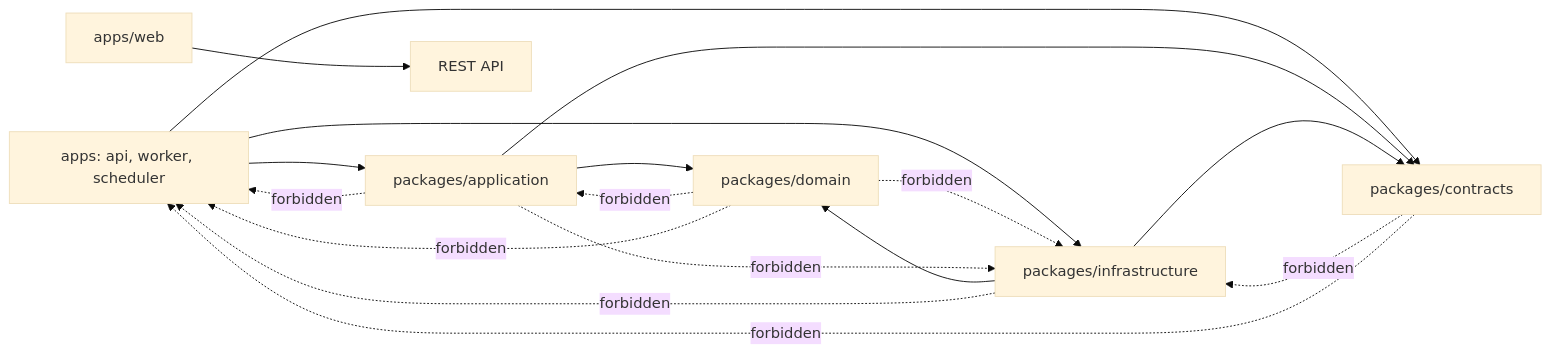
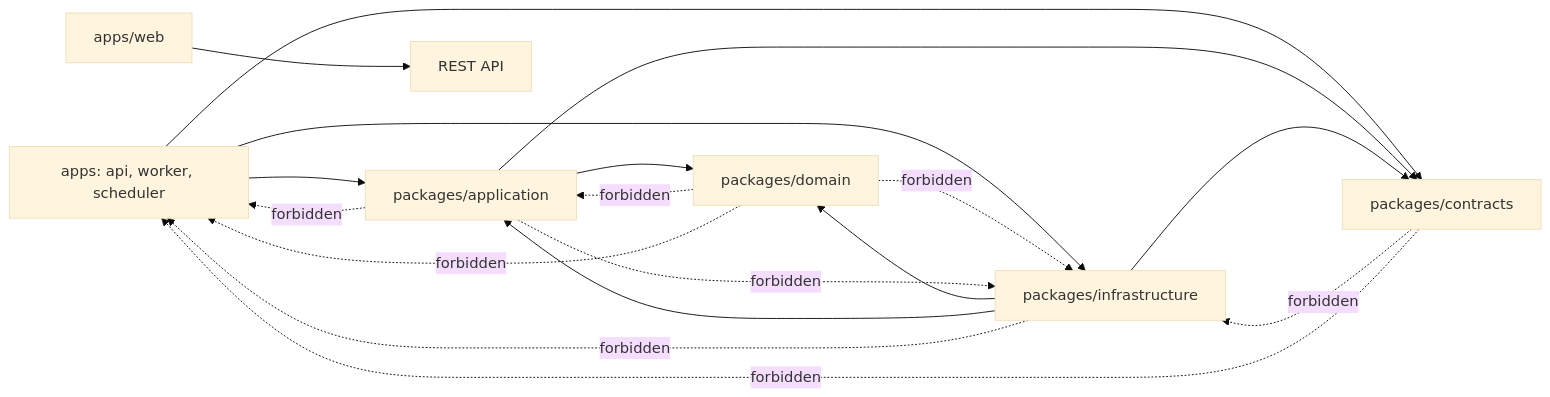
One commit to tantyastorm/WorkflowForge changed the third of 3 diagrams in docs/architecture.md. Above: the diagram before and after it, drawn with Mermaid (base theme). The commit also changed other lines of this file and 27 other files, not shown here.

````diff
--- a/docs/architecture.md
+++ b/docs/architecture.md
@@ -226,20 +227,21 @@
 ```mermaid
 flowchart LR
   Apps[apps: api, worker, scheduler] --> Application[packages/application]
   Apps --> Infrastructure[packages/infrastructure]
   Apps --> Contracts[packages/contracts]
   Application --> Domain[packages/domain]
   Application --> Contracts
   Infrastructure --> Domain
   Infrastructure --> Contracts
+  Infrastructure --> Application
   Web[apps/web] --> API[REST API]
 
   Domain -. forbidden .-> Application
   Domain -. forbidden .-> Infrastructure
   Application -. forbidden .-> Infrastructure
   Contracts -. forbidden .-> Infrastructure
   Domain -. forbidden .-> Apps
   Application -. forbidden .-> Apps
   Infrastructure -. forbidden .-> Apps
   Contracts -. forbidden .-> Apps
 ```
````
